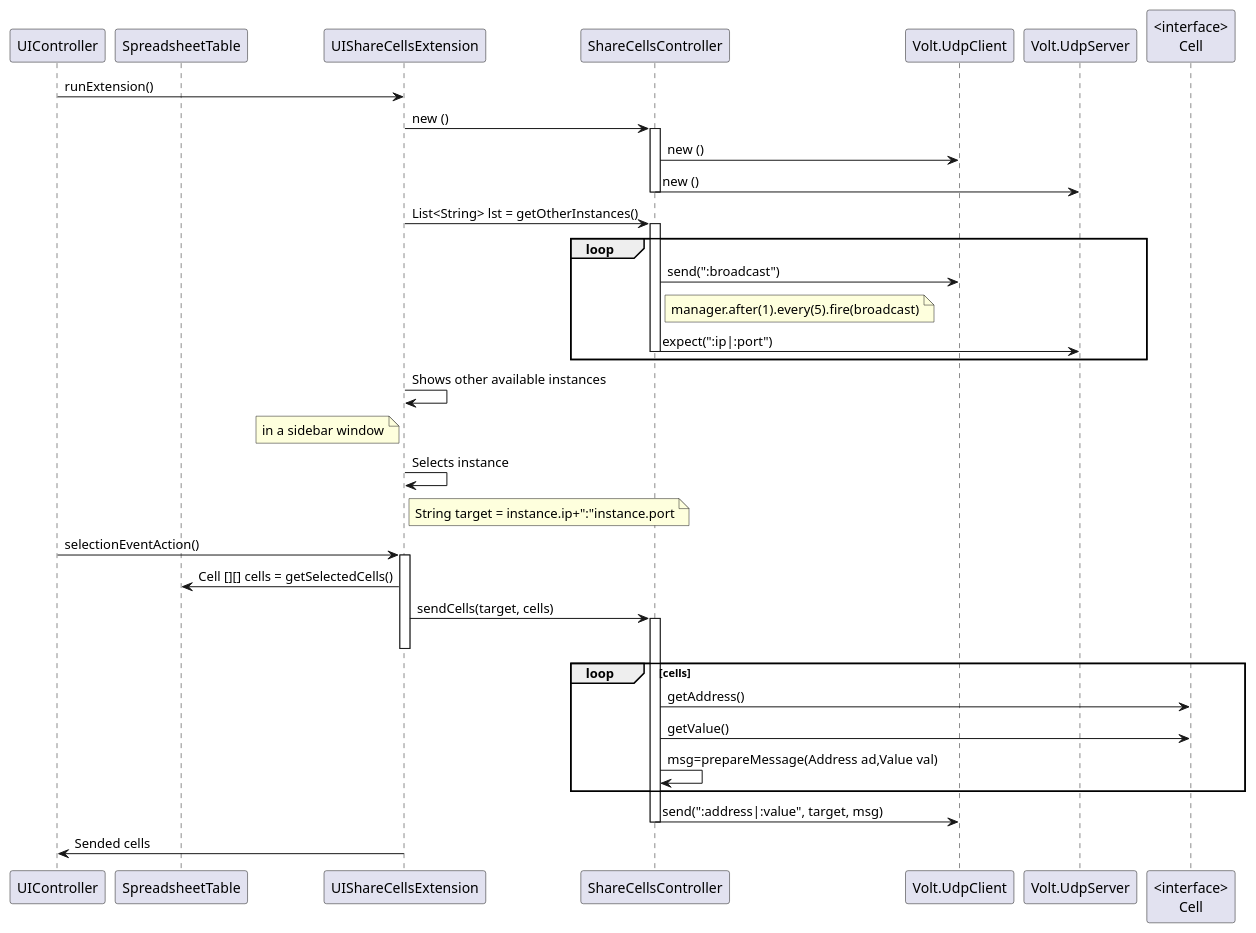
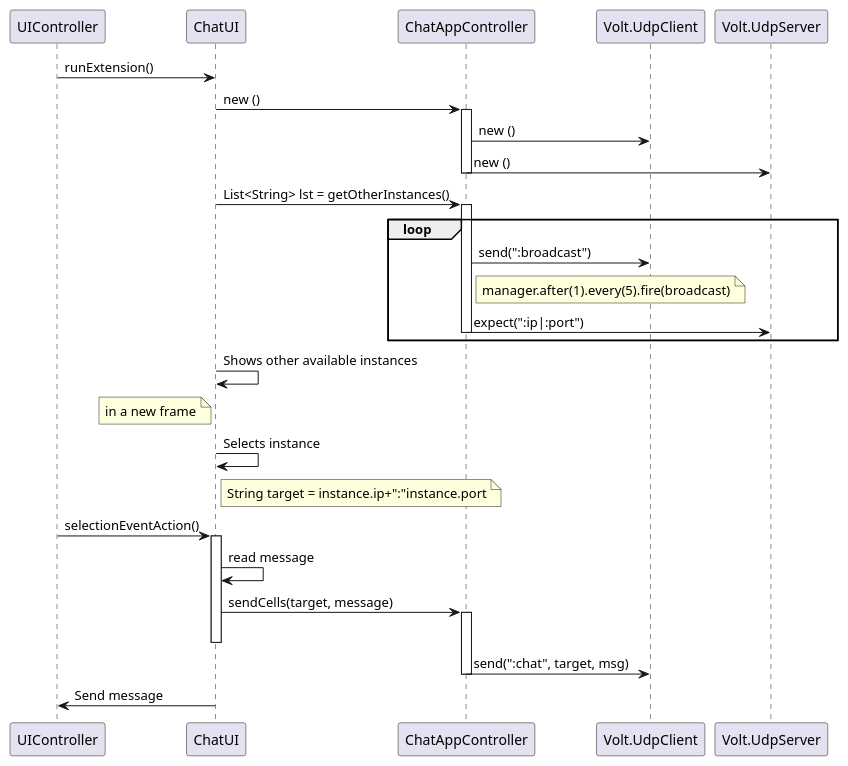
One commit to RubenTeixeira/cleansheets_isep_2dg_2016 changed the diagram in src/main/java/csheets/worklog/n1140611/sprint2/ipc05.1_design.puml. Above: the diagram before and after it, drawn with PlantUML. The commit also changed 20 other files, not shown here.

```diff
--- a/src/main/java/csheets/worklog/n1140611/sprint2/ipc05.1_design.puml
+++ b/src/main/java/csheets/worklog/n1140611/sprint2/ipc05.1_design.puml
@@ -1,50 +1,44 @@
 @startuml doc-files/ipc05.1_design.png
 
 participant "UIController" as UIController
-participant "SpreadsheetTable" as SpreadsheetTable
-participant "UIShareCellsExtension" as ShareCellsUI
-participant "ShareCellsController" as Controller
+participant "ChatUI" as ChatUI
+participant "ChatAppController" as Controller
 participant "Volt.UdpClient" as UdpClient
 participant "Volt.UdpServer" as UdpServer
-participant "<interface>\nCell" as Cell
 
-UIController->ShareCellsUI: runExtension()
-ShareCellsUI->Controller: new ()
+UIController->ChatUI: runExtension()
+ChatUI->Controller: new ()
 activate Controller
 Controller->UdpClient: new ()
 Controller->UdpServer: new ()
 deactivate Controller
 
-ShareCellsUI->Controller: List<String> lst = getOtherInstances()
+ChatUI->Controller: List<String> lst = getOtherInstances()
 
 loop
 activate Controller
 Controller->UdpClient: send(":broadcast")
 note right of Controller: manager.after(1).every(5).fire(broadcast)
 Controller->UdpServer: expect(":ip|:port")
 deactivate Controller
 end
-ShareCellsUI->ShareCellsUI: Shows other available instances
+ChatUI->ChatUI: Shows other available instances
 
 
-note left of ShareCellsUI: in a sidebar window
-ShareCellsUI->ShareCellsUI: Selects instance
-note right of ShareCellsUI: String target = instance.ip+":"instance.port
-UIController->ShareCellsUI: selectionEventAction()
+note left of ChatUI: in a new frame
+ChatUI->ChatUI: Selects instance
+note right of ChatUI: String target = instance.ip+":"instance.port
+UIController->ChatUI: selectionEventAction()
 
-activate ShareCellsUI
-ShareCellsUI->SpreadsheetTable: Cell [][] cells = getSelectedCells()
-ShareCellsUI->Controller: sendCells(target, cells)
+activate ChatUI
+ChatUI->ChatUI: read message
+ChatUI->Controller: sendCells(target, message)
 activate Controller
-deactivate ShareCellsUI
-loop cells
-Controller->Cell: getAddress()
-Controller->Cell: getValue()
-Controller->Controller:msg=prepareMessage(Address ad,Value val)
-end
+deactivate ChatUI
 
-Controller->UdpClient: send(":address|:value", target, msg)
+
+Controller->UdpClient: send(":chat", target, msg)
 deactivate Controller
-ShareCellsUI->UIController: Sended cells
+ChatUI->UIController: Send message
 
 @enduml
```
